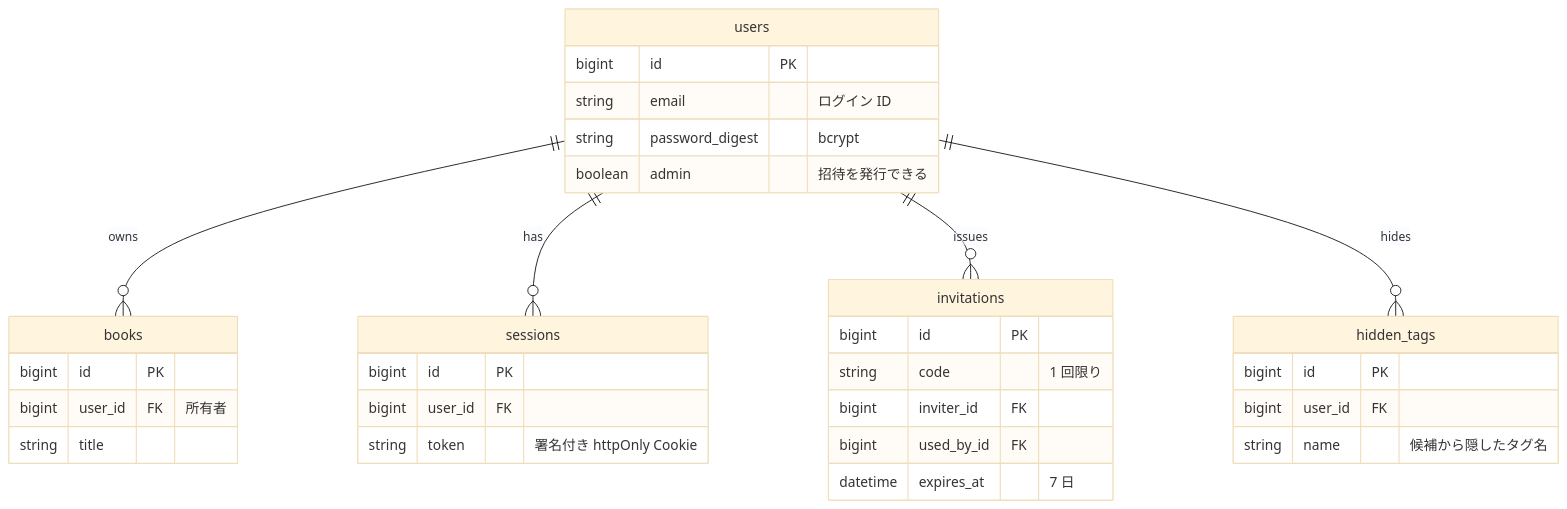
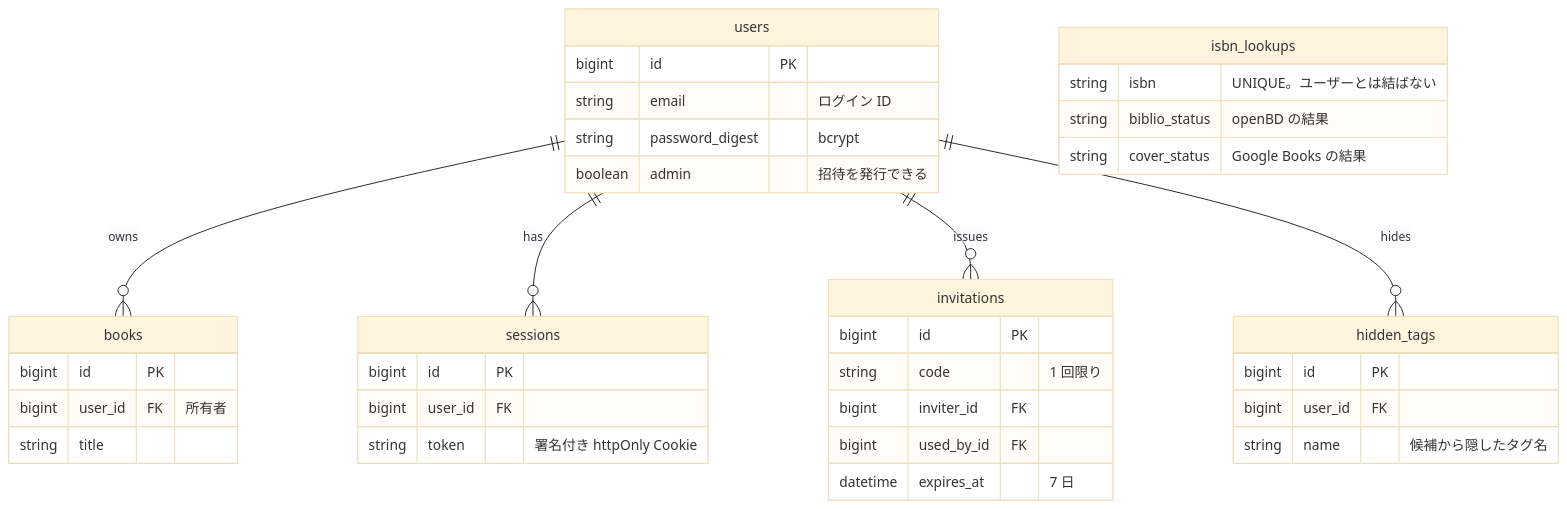
The fourth of 7 diagrams in docs/basic-design.md (adamaru-code/reading-board), drawn with Mermaid (base theme) before and after one commit. The commit also changed 12 other files, not shown here.

````diff
--- a/docs/basic-design.md
+++ b/docs/basic-design.md
@@ -135,35 +135,40 @@
 ```mermaid
 erDiagram
     users ||--o{ books : "owns"
     users ||--o{ sessions : "has"
     users ||--o{ invitations : "issues"
     users ||--o{ hidden_tags : "hides"
     users {
         bigint id PK
         string email "ログイン ID"
         string password_digest "bcrypt"
         boolean admin "招待を発行できる"
     }
     invitations {
         bigint id PK
         string code "1 回限り"
         bigint inviter_id FK
         bigint used_by_id FK
         datetime expires_at "7 日"
     }
     hidden_tags {
         bigint id PK
         bigint user_id FK
         string name "候補から隠したタグ名"
     }
     sessions {
         bigint id PK
         bigint user_id FK
         string token "署名付き httpOnly Cookie"
     }
     books {
         bigint id PK
         bigint user_id FK "所有者"
         string title
     }
+    isbn_lookups {
+        string isbn "UNIQUE。ユーザーとは結ばない"
+        string biblio_status "openBD の結果"
+        string cover_status "Google Books の結果"
+    }
 ```
````
